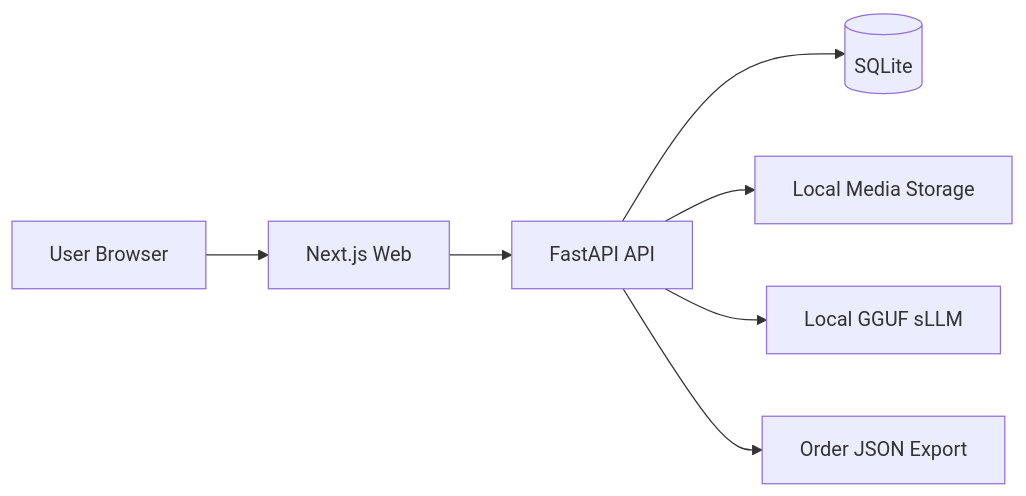
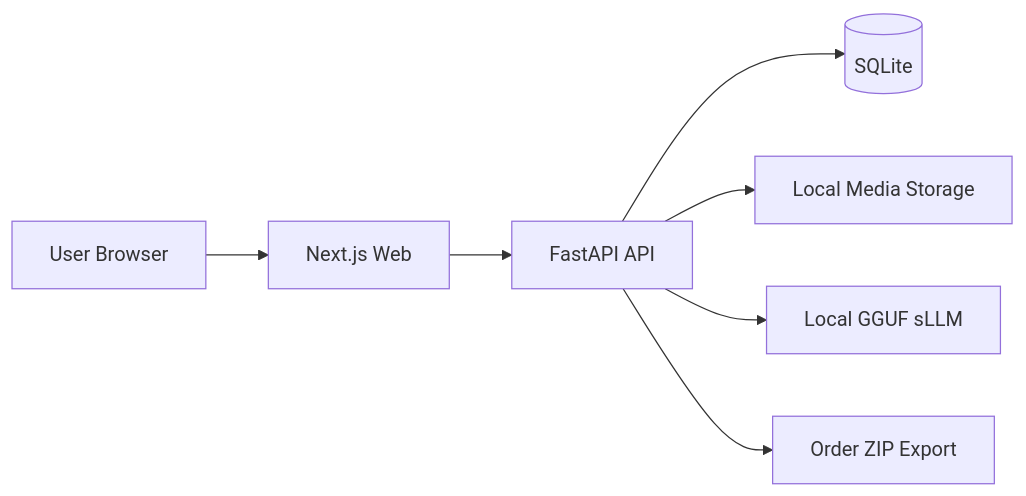
The diagram in 과제_보고서_초안.md (J-han2/SweetBook_TEST), drawn with Mermaid before and after one commit. The commit also changed other lines of this file and 10 other files, not shown here.

````diff
--- a/과제_보고서_초안.md
+++ b/과제_보고서_초안.md
@@ -107,9 +113,9 @@
 ```mermaid
 flowchart LR
     U[User Browser] --> W[Next.js Web]
     W --> A[FastAPI API]
     A --> D[(SQLite)]
     A --> S[Local Media Storage]
     A --> L[Local GGUF sLLM]
-    A --> E[Order JSON Export]
+    A --> E[Order ZIP Export]
 ```
````
